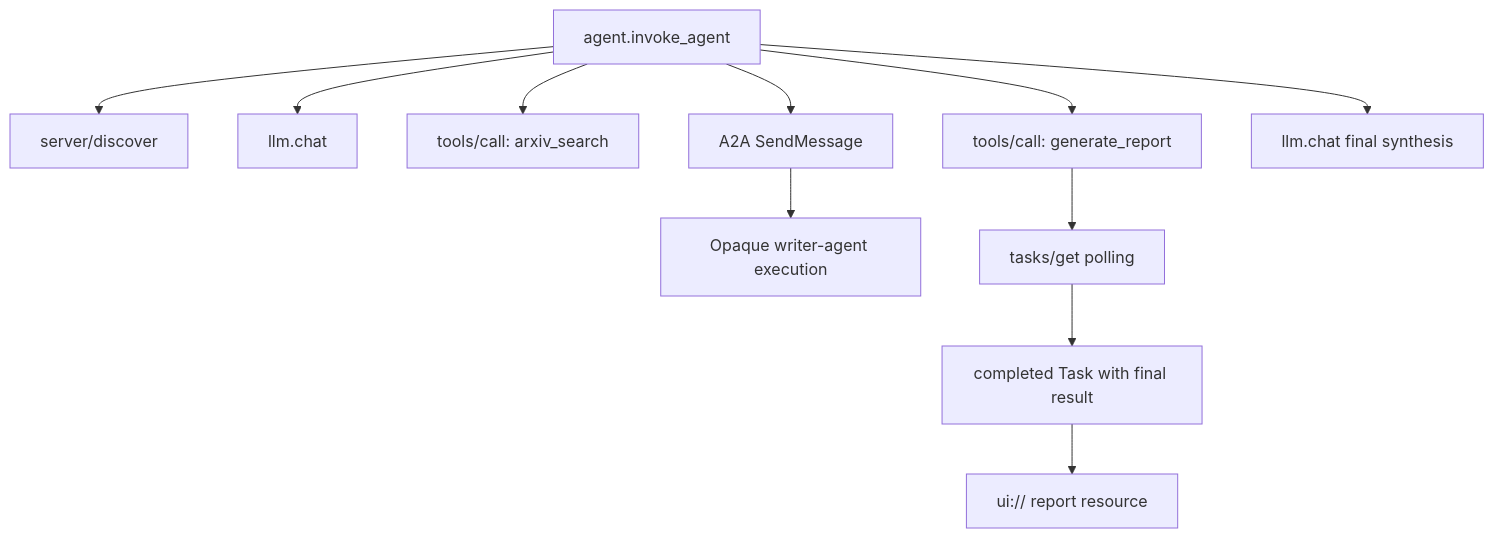
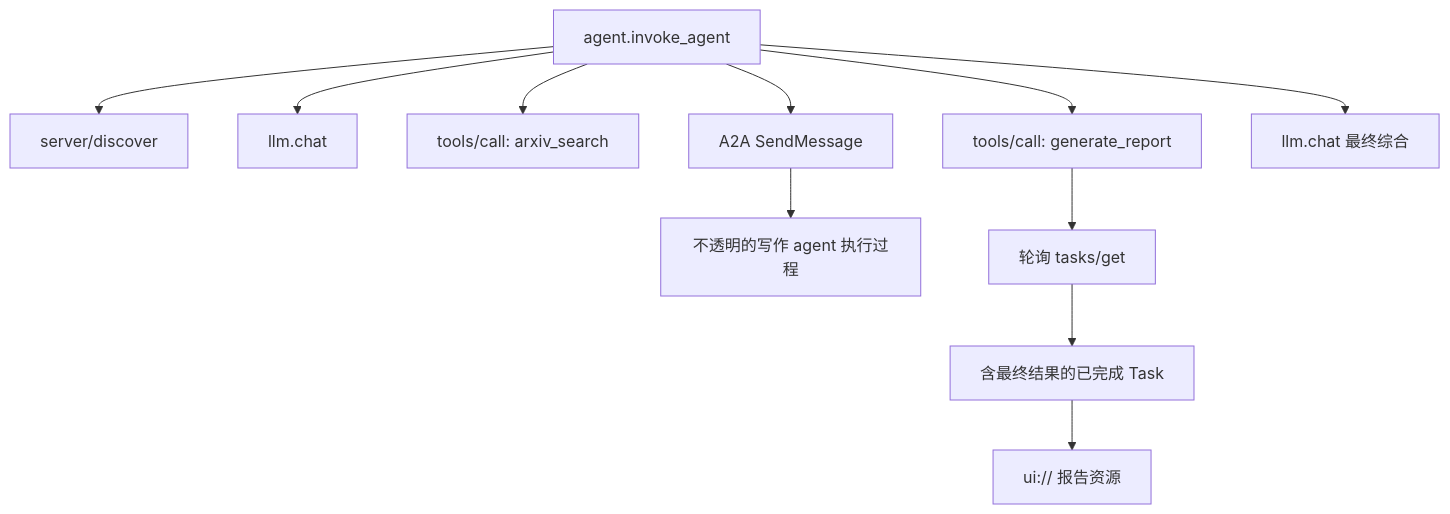
One commit to fancyboi999/ai-engineering-from-scratch-zh changed the second of 3 diagrams in phases/13-tools-and-protocols/23-capstone-tool-ecosystem/docs/zh.md. Above: the diagram before and after it, drawn with Mermaid. The commit also changed other lines of this file and 67 other files, not shown here.

````diff
--- a/phases/13-tools-and-protocols/23-capstone-tool-ecosystem/docs/zh.md
+++ b/phases/13-tools-and-protocols/23-capstone-tool-ecosystem/docs/zh.md
@@ -62,13 +62,13 @@
 ```mermaid
 flowchart TD
   I[agent.invoke_agent] --> SD[server/discover]
   I --> L1[llm.chat]
   I --> S[tools/call: arxiv_search]
   I --> D[A2A SendMessage]
-  D --> X[Opaque writer-agent execution]
+  D --> X[不透明的写作 agent 执行过程]
   I --> G[tools/call: generate_report]
-  G --> K[tasks/get polling]
-  K --> V[completed Task with final result]
-  V --> UI[ui:// report resource]
-  I --> L2[llm.chat final synthesis]
+  G --> K[轮询 tasks/get]
+  K --> V[含最终结果的已完成 Task]
+  V --> UI[ui:// 报告资源]
+  I --> L2[llm.chat 最终综合]
 ```
````
